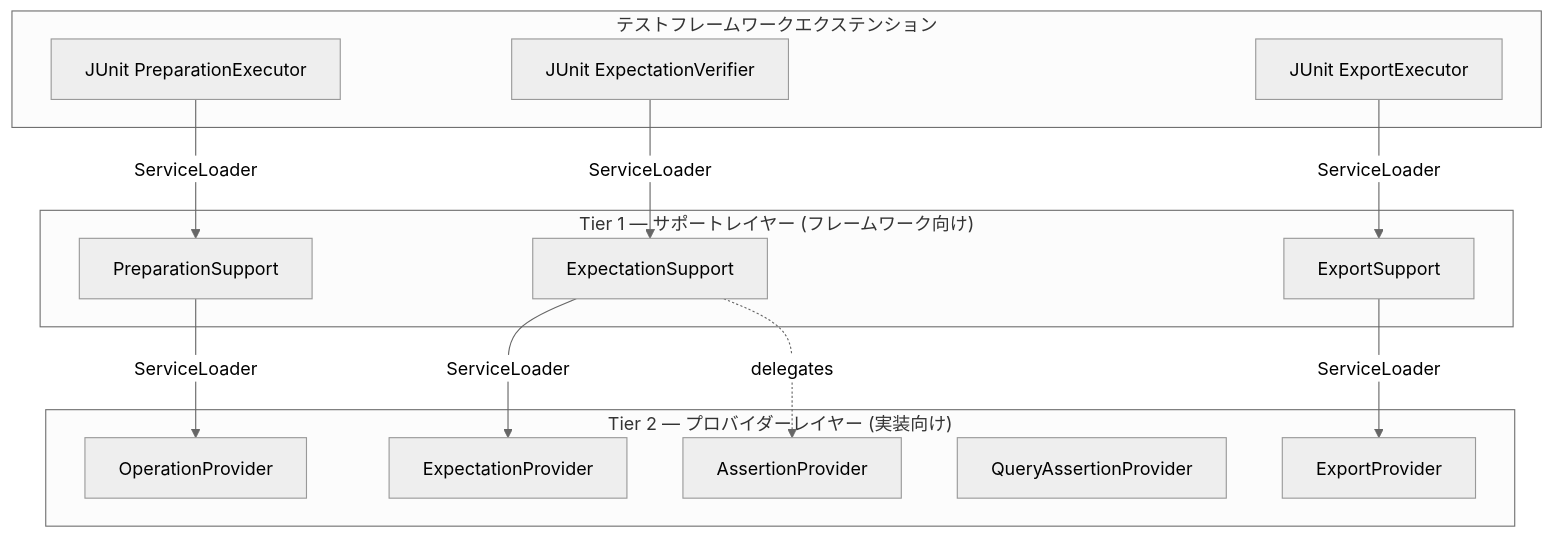
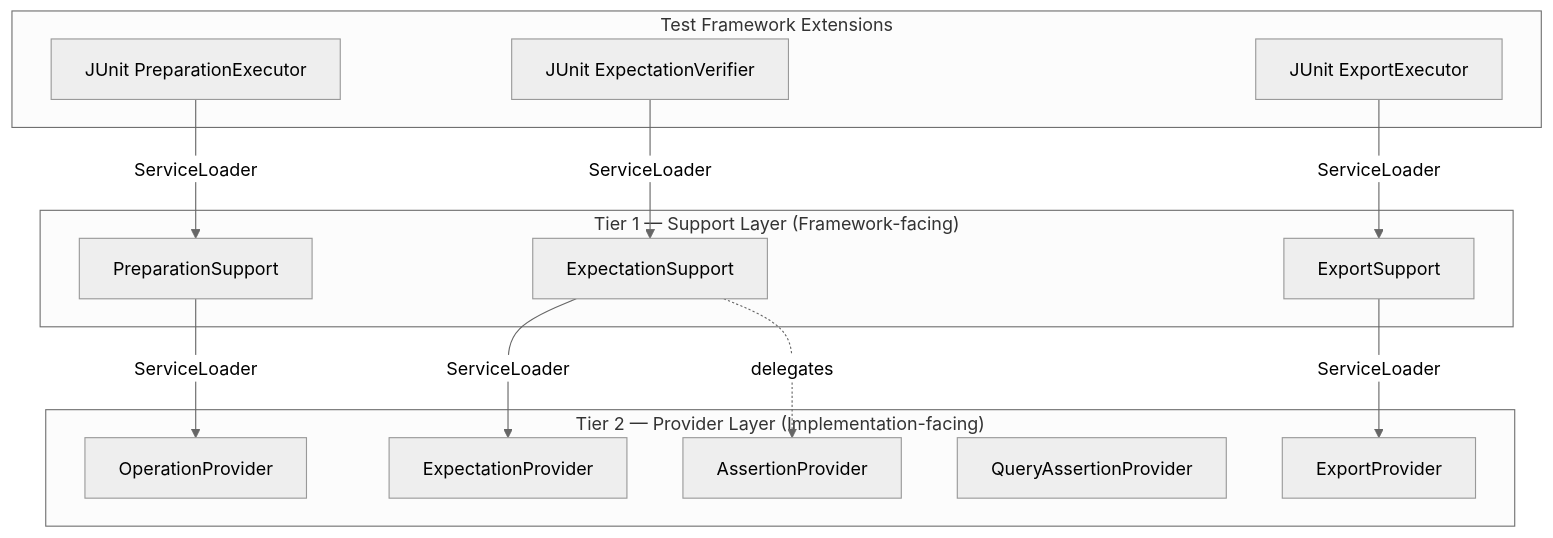
The second of 2 diagrams in docs/specs/ja/spi.md (seijikohara/db-tester), drawn with Mermaid (neutral theme) before and after one commit. The commit also changed other lines of this file and 141 other files, not shown here.

````diff
--- a/docs/specs/ja/spi.md
+++ b/docs/specs/ja/spi.md
@@ -44,31 +43,31 @@
 ```mermaid
 flowchart TB
-    subgraph Tier1["Tier 1 — サポートレイヤー (フレームワーク向け)"]
+    subgraph Tier1["Tier 1 — Support Layer (Framework-facing)"]
         PS[PreparationSupport]
         ES[ExpectationSupport]
         XS[ExportSupport]
     end
 
-    subgraph Tier2["Tier 2 — プロバイダーレイヤー (実装向け)"]
+    subgraph Tier2["Tier 2 — Provider Layer (Implementation-facing)"]
         OP[OperationProvider]
         EP[ExpectationProvider]
         AP[AssertionProvider]
         QAP[QueryAssertionProvider]
         XP[ExportProvider]
     end
 
-    subgraph Frameworks[テストフレームワークエクステンション]
+    subgraph Frameworks[Test Framework Extensions]
         JE[JUnit PreparationExecutor]
         JV[JUnit ExpectationVerifier]
         JX[JUnit ExportExecutor]
     end
 
     JE -->|ServiceLoader| PS
     JV -->|ServiceLoader| ES
     JX -->|ServiceLoader| XS
 
     PS -->|ServiceLoader| OP
     ES -->|ServiceLoader| EP
     ES -.->|delegates| AP
     XS -->|ServiceLoader| XP
 ```
````
